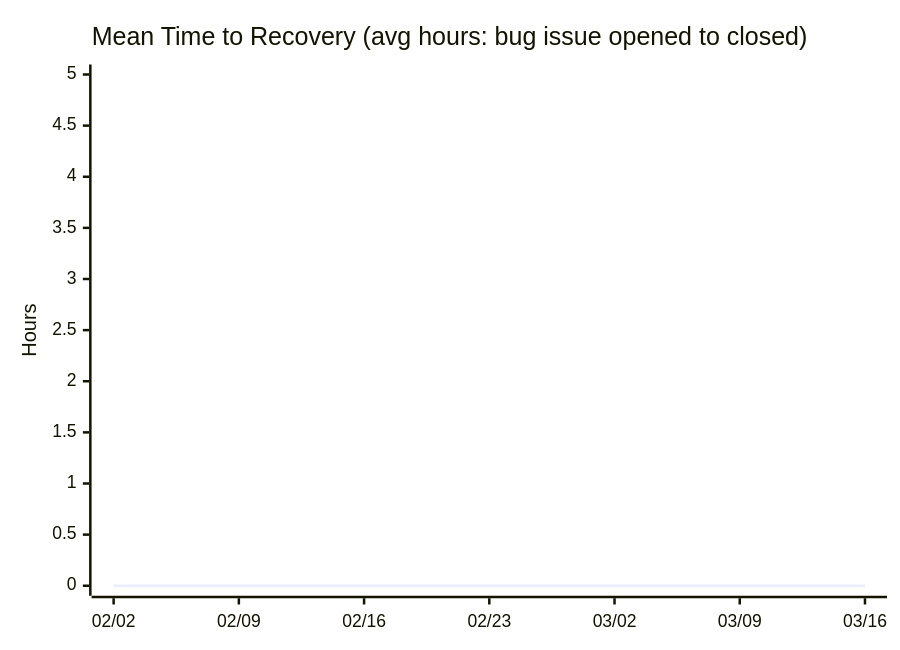
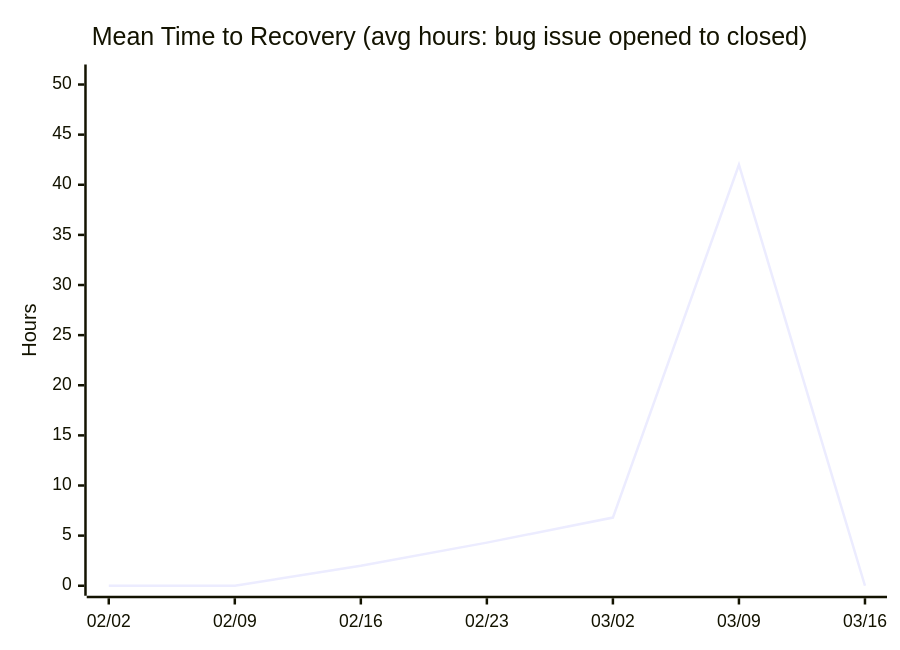
One commit to nablarch/nabledge-dev changed the fourth of 11 diagrams in docs/metrics.md. Above: the diagram before and after it, drawn with Mermaid. The commit also changed other lines of this file and 1 other file, not shown here.

Commit message:
experiment: add threshold lines to CFR chart

````diff
--- a/docs/metrics.md
+++ b/docs/metrics.md
@@ -51,7 +69,7 @@
 ```mermaid
 xychart-beta
   title "Mean Time to Recovery (avg hours: bug issue opened to closed)"
   x-axis ["02/02", "02/09", "02/16", "02/23", "03/02", "03/09", "03/16"]
-  y-axis "Hours" 0 --> 5
-  line [0, 0, 0, 0, 0, 0, 0]
+  y-axis "Hours" 0 --> 51
+  line [0, 0, 2, 4.3, 6.8, 42, 0]
 ```
````
